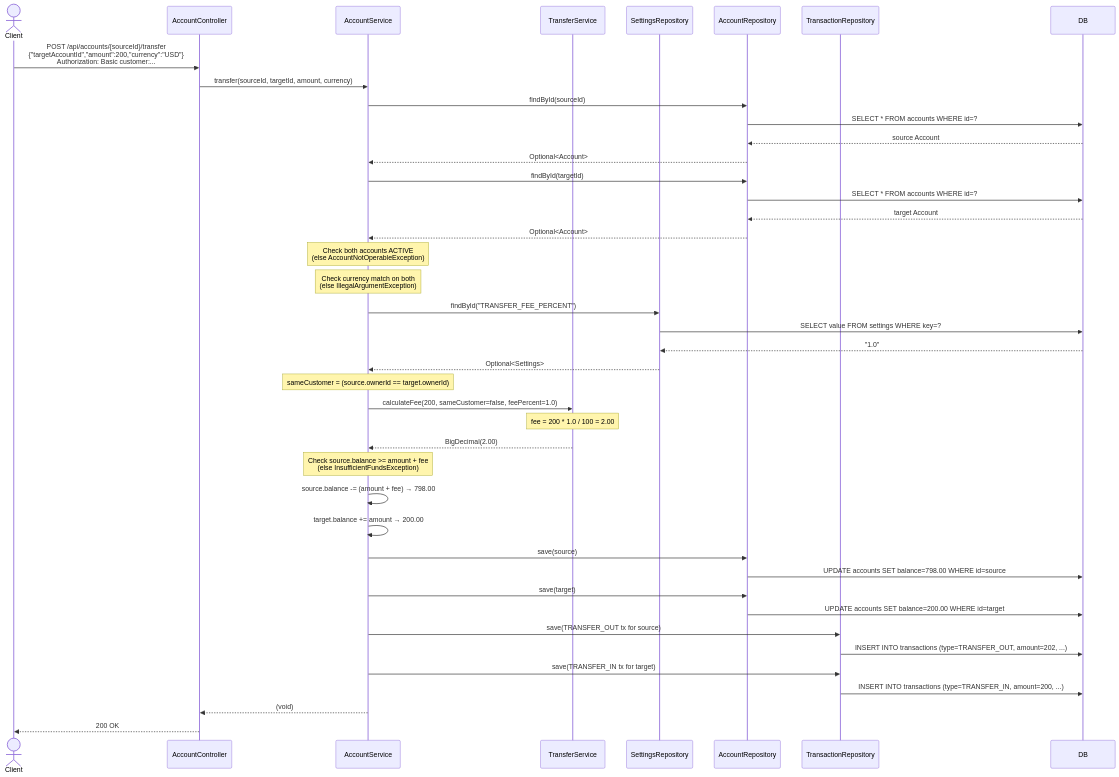
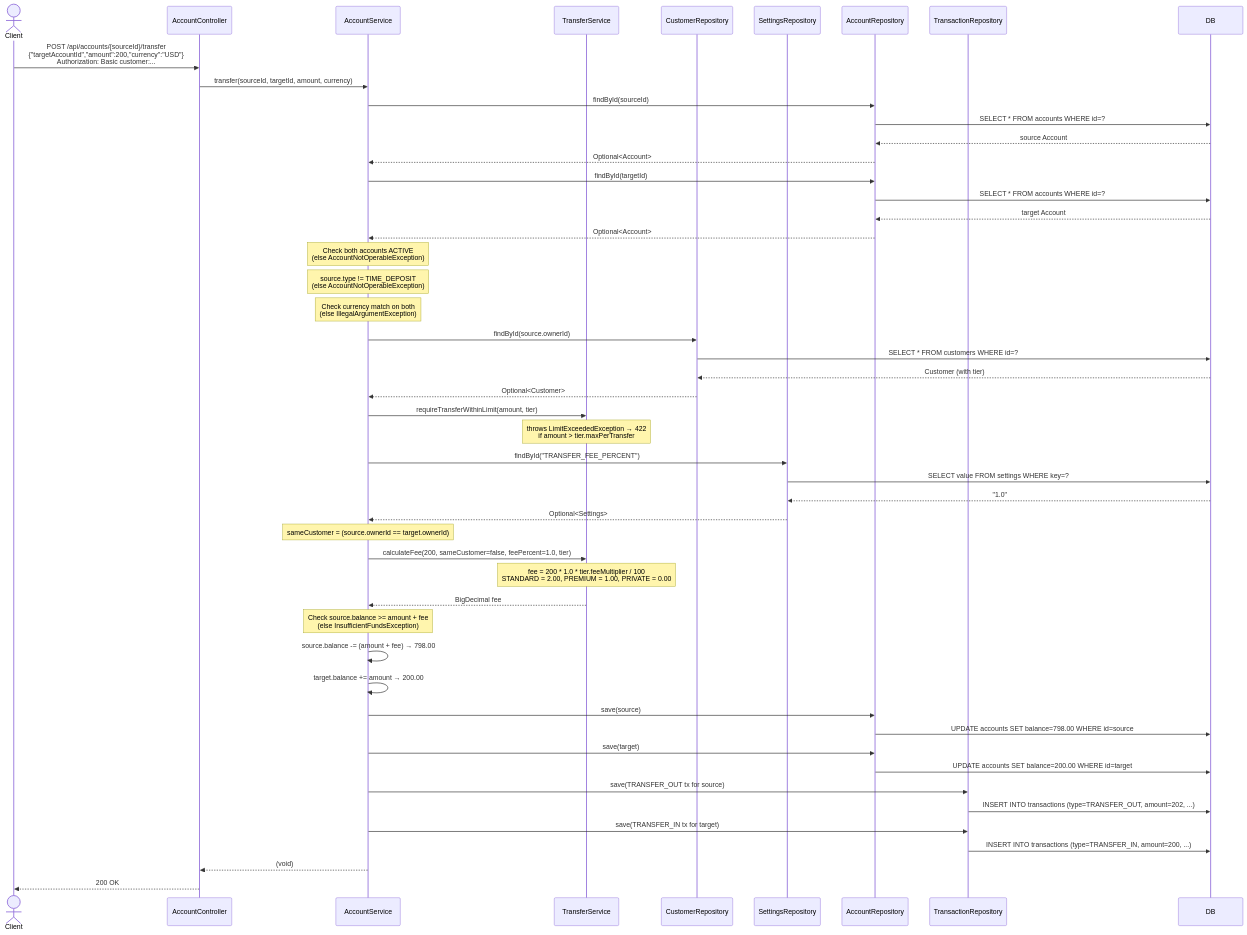
Before and after one commit to kaldiroglu/AyvalikBankLA-JAVA: the fourth of 11 diagrams in Flows.md, drawn with Mermaid. The commit also changed other lines of this file and 5 other files, not shown here.

````diff
--- a/Flows.md
+++ b/Flows.md
@@ -142,57 +144,67 @@
 ```mermaid
 sequenceDiagram
     actor Client
     participant Controller as AccountController
     participant Service as AccountService
     participant TransferSvc as TransferService
+    participant CustRepo as CustomerRepository
     participant SettingsRepo as SettingsRepository
     participant AccRepo as AccountRepository
     participant TxRepo as TransactionRepository
     participant DB
 
     Client->>Controller: POST /api/accounts/{sourceId}/transfer<br/>{"targetAccountId","amount":200,"currency":"USD"}<br/>Authorization: Basic customer:...
 
     Controller->>Service: transfer(sourceId, targetId, amount, currency)
 
     Service->>AccRepo: findById(sourceId)
     AccRepo->>DB: SELECT * FROM accounts WHERE id=?
     DB-->>AccRepo: source Account
     AccRepo-->>Service: Optional<Account>
 
     Service->>AccRepo: findById(targetId)
     AccRepo->>DB: SELECT * FROM accounts WHERE id=?
     DB-->>AccRepo: target Account
     AccRepo-->>Service: Optional<Account>
 
     Note over Service: Check both accounts ACTIVE<br/>(else AccountNotOperableException)
+    Note over Service: source.type != TIME_DEPOSIT<br/>(else AccountNotOperableException)
     Note over Service: Check currency match on both<br/>(else IllegalArgumentException)
+
+    Service->>CustRepo: findById(source.ownerId)
+    CustRepo->>DB: SELECT * FROM customers WHERE id=?
+    DB-->>CustRepo: Customer (with tier)
+    CustRepo-->>Service: Optional<Customer>
+
+    Service->>TransferSvc: requireTransferWithinLimit(amount, tier)
+    Note over TransferSvc: throws LimitExceededException → 422<br/>if amount > tier.maxPerTransfer
 
     Service->>SettingsRepo: findById("TRANSFER_FEE_PERCENT")
     SettingsRepo->>DB: SELECT value FROM settings WHERE key=?
     DB-->>SettingsRepo: "1.0"
     SettingsRepo-->>Service: Optional<Settings>
 
     Note over Service: sameCustomer = (source.ownerId == target.ownerId)
 
-    Service->>TransferSvc: calculateFee(200, sameCustomer=false, feePercent=1.0)
-    Note over TransferSvc: fee = 200 * 1.0 / 100 = 2.00
-    TransferSvc-->>Service: BigDecimal(2.00)
+    Service->>TransferSvc: calculateFee(200, sameCustomer=false, feePercent=1.0, tier)
+    Note over TransferSvc: fee = 200 * 1.0 * tier.feeMultiplier / 100<br/>STANDARD = 2.00, PREMIUM = 1.00, PRIVATE = 0.00
+    TransferSvc-->>Service: BigDecimal fee
 
     Note over Service: Check source.balance >= amount + fee<br/>(else InsufficientFundsException)
 
     Service->>Service: source.balance -= (amount + fee)  →  798.00
     Service->>Service: target.balance += amount           →  200.00
 
     Service->>AccRepo: save(source)
     AccRepo->>DB: UPDATE accounts SET balance=798.00 WHERE id=source
     Service->>AccRepo: save(target)
     AccRepo->>DB: UPDATE accounts SET balance=200.00 WHERE id=target
 
     Service->>TxRepo: save(TRANSFER_OUT tx for source)
     TxRepo->>DB: INSERT INTO transactions (type=TRANSFER_OUT, amount=202, ...)
     Service->>TxRepo: save(TRANSFER_IN tx for target)
     TxRepo->>DB: INSERT INTO transactions (type=TRANSFER_IN, amount=200, ...)
 
     Service-->>Controller: (void)
     Controller-->>Client: 200 OK
 ```
````
